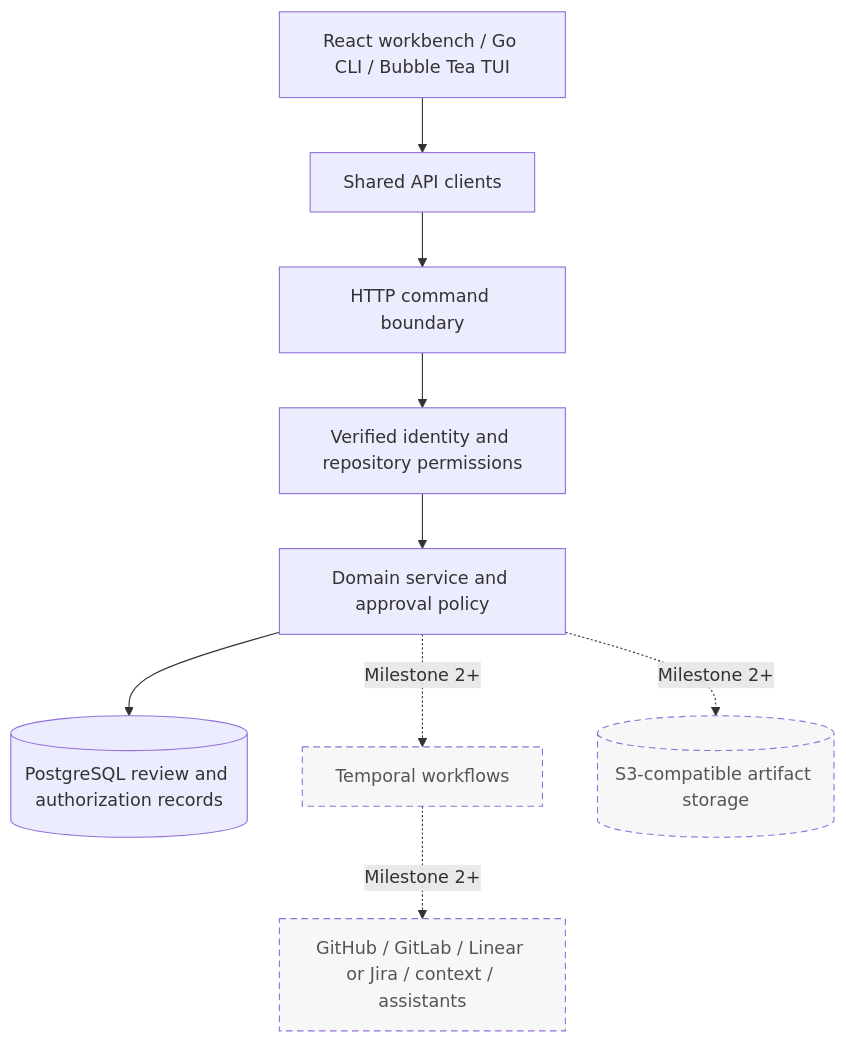
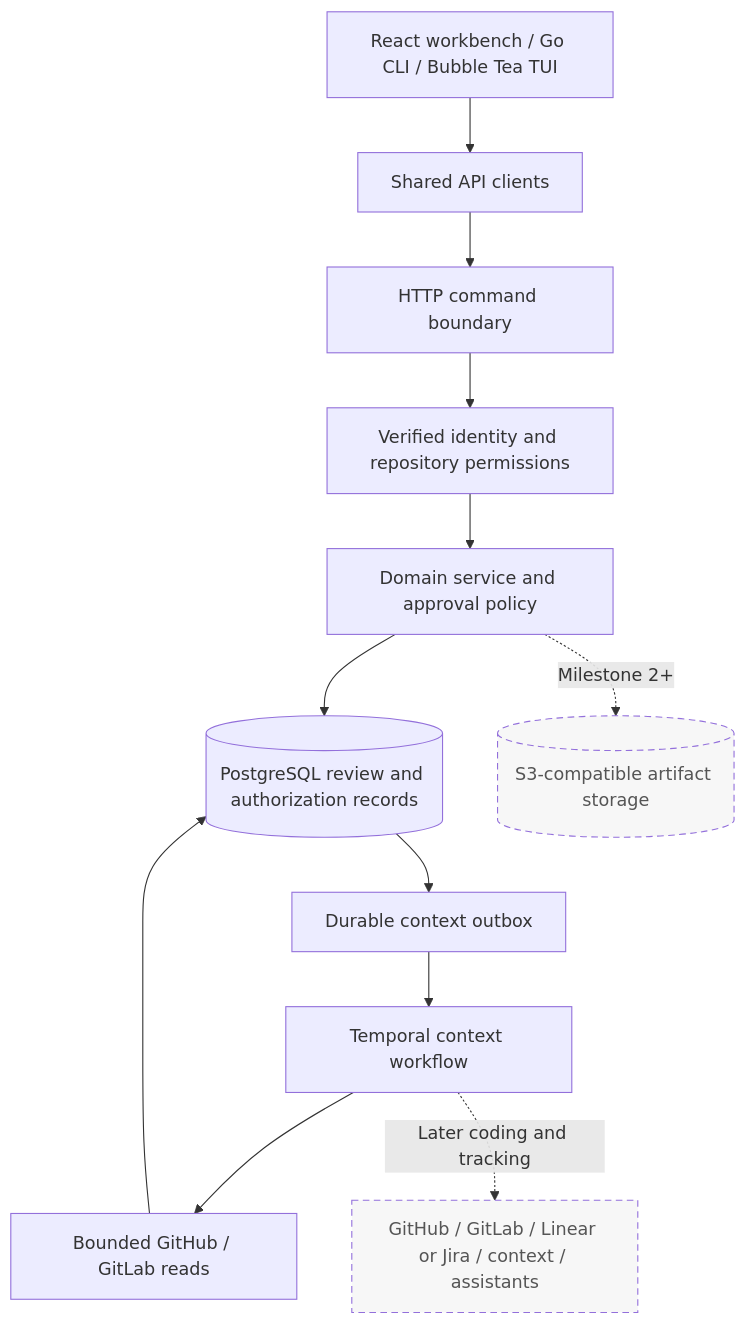
One commit to phenixrizen/conductor changed the second of 4 diagrams in docs/architecture/system.md. Above: the diagram before and after it, drawn with Mermaid. The commit also changed other lines of this file and 13 other files, not shown here.

````diff
--- a/docs/architecture/system.md
+++ b/docs/architecture/system.md
@@ -80,20 +82,23 @@
 ```mermaid
 flowchart TB
     UI[React workbench / Go CLI / Bubble Tea TUI]
     Client[Shared API clients]
     HTTP[HTTP command boundary]
     Access[Verified identity and repository permissions]
     Domain[Domain service and approval policy]
     Store[(PostgreSQL review and authorization records)]
-    Temporal[Temporal workflows]
+    Dispatch[Durable context outbox]
+    Temporal[Temporal context workflow]
+    Reads[Bounded GitHub / GitLab reads]
     Artifacts[(S3-compatible artifact storage)]
     Integrations[GitHub / GitLab / Linear or Jira / context / assistants]
 
     UI --> Client --> HTTP --> Access --> Domain --> Store
-    Domain -. Milestone 2+ .-> Temporal
+    Store --> Dispatch --> Temporal --> Reads
+    Reads --> Store
     Domain -. Milestone 2+ .-> Artifacts
-    Temporal -. Milestone 2+ .-> Integrations
+    Temporal -. Later coding and tracking .-> Integrations
 
     classDef planned stroke-dasharray: 6 4,fill:#f7f7f7,color:#555;
-    class Temporal,Artifacts,Integrations planned;
+    class Artifacts,Integrations planned;
 ```
````
